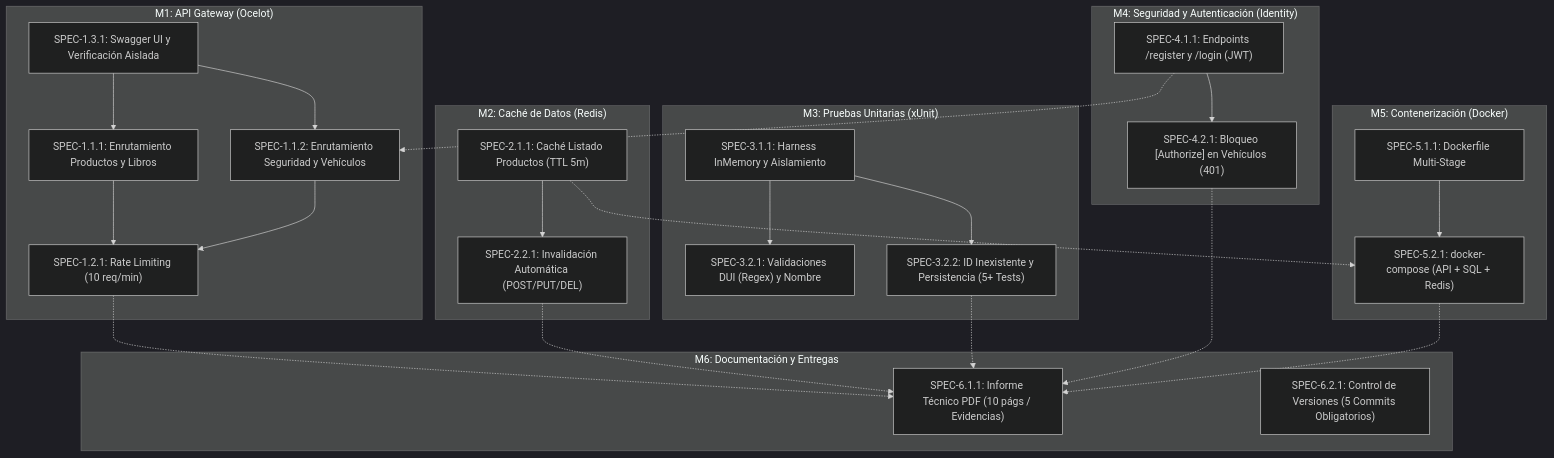
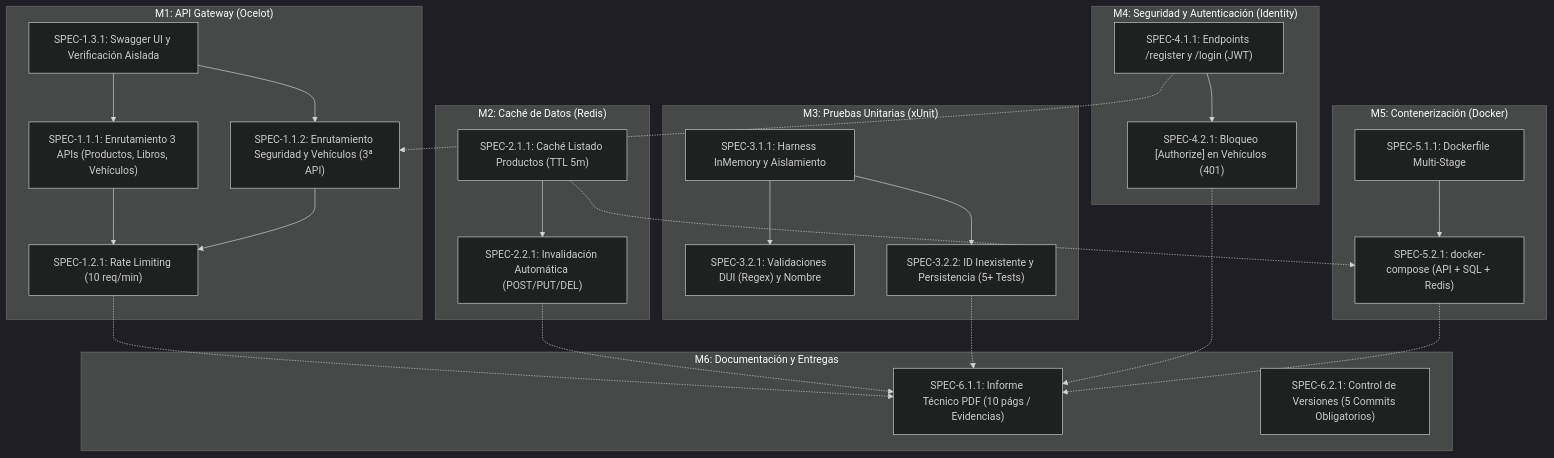
The diagram in specs/SPEC-INDEX.md (MrTobar04/DES-AutoGestion), drawn with Mermaid (dark theme) before and after one commit. The commit also changed other lines of this file and 11 other files, not shown here.

````diff
--- a/specs/SPEC-INDEX.md
+++ b/specs/SPEC-INDEX.md
@@ -12,51 +12,51 @@
 ```mermaid
 graph TD
     subgraph M1 ["M1: API Gateway (Ocelot)"]
-        S111["SPEC-1.1.1: Enrutamiento Productos y Libros"]
-        S112["SPEC-1.1.2: Enrutamiento Seguridad y Vehículos"]
+        S111["SPEC-1.1.1: Enrutamiento 3 APIs (Productos, Libros, Vehículos)"]
+        S112["SPEC-1.1.2: Enrutamiento Seguridad y Vehículos (3ª API)"]
         S121["SPEC-1.2.1: Rate Limiting (10 req/min)"]
         S131["SPEC-1.3.1: Swagger UI y Verificación Aislada"]
         S131 --> S111
         S131 --> S112
         S111 --> S121
         S112 --> S121
     end
 
     subgraph M2 ["M2: Caché de Datos (Redis)"]
         S211["SPEC-2.1.1: Caché Listado Productos (TTL 5m)"]
         S221["SPEC-2.2.1: Invalidación Automática (POST/PUT/DEL)"]
         S211 --> S221
     end
 
     subgraph M3 ["M3: Pruebas Unitarias (xUnit)"]
         S311["SPEC-3.1.1: Harness InMemory y Aislamiento"]
         S321["SPEC-3.2.1: Validaciones DUI (Regex) y Nombre"]
         S322["SPEC-3.2.2: ID Inexistente y Persistencia (5+ Tests)"]
         S311 --> S321
         S311 --> S322
     end
 
     subgraph M4 ["M4: Seguridad y Autenticación (Identity)"]
         S411["SPEC-4.1.1: Endpoints /register y /login (JWT)"]
         S421["SPEC-4.2.1: Bloqueo [Authorize] en Vehículos (401)"]
         S411 --> S421
         S411 -.-> S112
     end
 
     subgraph M5 ["M5: Contenerización (Docker)"]
         S511["SPEC-5.1.1: Dockerfile Multi-Stage"]
         S521["SPEC-5.2.1: docker-compose (API + SQL + Redis)"]
         S511 --> S521
         S211 -.-> S521
     end
 
     subgraph M6 ["M6: Documentación y Entregas"]
         S611["SPEC-6.1.1: Informe Técnico PDF (10 págs / Evidencias)"]
         S621["SPEC-6.2.1: Control de Versiones (5 Commits Obligatorios)"]
         S121 -.-> S611
         S221 -.-> S611
         S322 -.-> S611
         S421 -.-> S611
         S521 -.-> S611
     end
 ```
````
